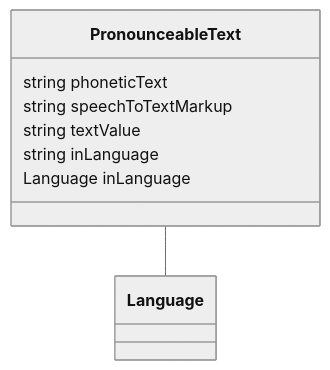
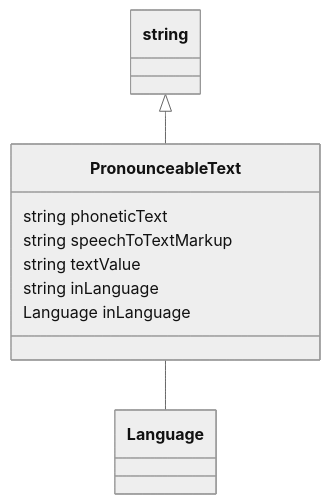
Before and after one commit to codexstanford/Insurance-Payout-Ontology: the diagram in datamodel-build/mermaid/PronounceableText.mmd, drawn with Mermaid (neutral theme). The commit also changed 3245 other files, not shown here.

Commit message:
Clean build with full schema

```diff
--- a/datamodel-build/mermaid/PronounceableText.mmd
+++ b/datamodel-build/mermaid/PronounceableText.mmd
@@ -1,13 +1,14 @@
 classDiagram
   PronounceableText -- Language
 
 
+  string <|-- PronounceableText
 class PronounceableText {
 
   string phoneticText
   string speechToTextMarkup
   string textValue
   string inLanguage
   Language inLanguage
 
  }
```
